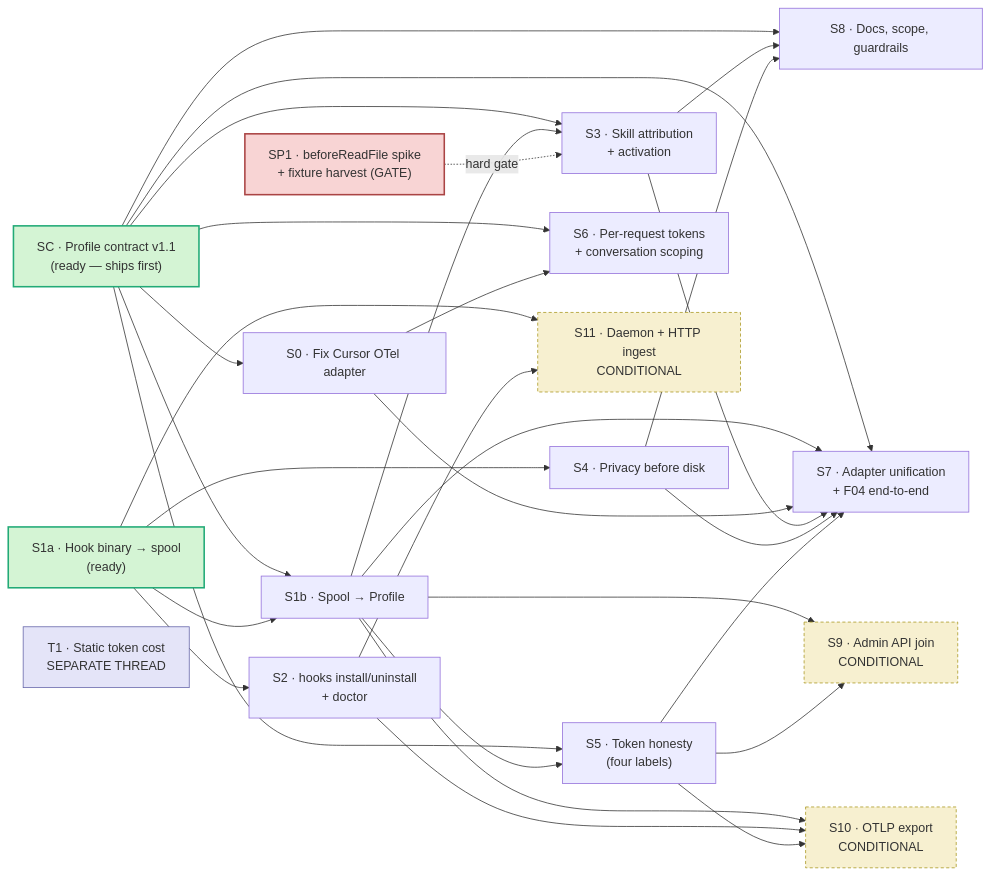
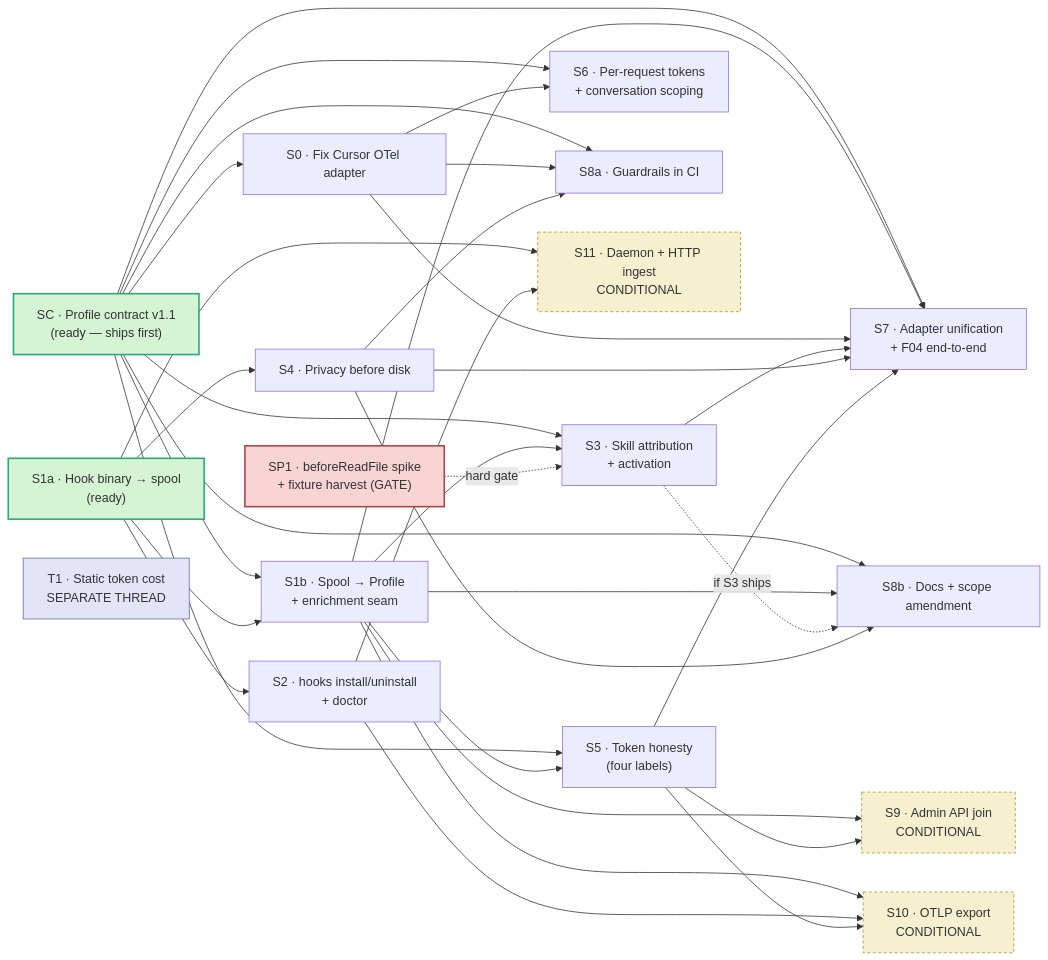
Before and after one commit to Okja-Engineering/skill-architect: the diagram in .scuba/teams/cursorscope-go/roadmap.md, drawn with Mermaid. The commit also changed other lines of this file and 21 other files, not shown here.

````diff
--- a/.scuba/teams/cursorscope-go/roadmap.md
+++ b/.scuba/teams/cursorscope-go/roadmap.md
@@ -169,57 +174,62 @@
 ```mermaid
 flowchart LR
   SC["SC · Profile contract v1.1<br/>(ready — ships first)"]
   SP1["SP1 · beforeReadFile spike<br/>+ fixture harvest (GATE)"]
   S0["S0 · Fix Cursor OTel adapter"]
   S1a["S1a · Hook binary → spool<br/>(ready)"]
-  S1b["S1b · Spool → Profile"]
+  S1b["S1b · Spool → Profile<br/>+ enrichment seam"]
   S2["S2 · hooks install/uninstall<br/>+ doctor"]
   S3["S3 · Skill attribution<br/>+ activation"]
   S4["S4 · Privacy before disk"]
   S5["S5 · Token honesty<br/>(four labels)"]
   S6["S6 · Per-request tokens<br/>+ conversation scoping"]
   S7["S7 · Adapter unification<br/>+ F04 end-to-end"]
-  S8["S8 · Docs, scope, guardrails"]
+  S8a["S8a · Guardrails in CI"]
+  S8b["S8b · Docs + scope amendment"]
   S9["S9 · Admin API join<br/>CONDITIONAL"]
   S10["S10 · OTLP export<br/>CONDITIONAL"]
   S11["S11 · Daemon + HTTP ingest<br/>CONDITIONAL"]
   T1["T1 · Static token cost<br/>SEPARATE THREAD"]
 
   SC --> S0
   SC --> S1b
   SC --> S3
   SC --> S5
   SC --> S6
   SC --> S7
-  SC --> S8
+  SC --> S8a
+  SC --> S8b
   S1a --> S1b
   S1a --> S2
   S1a --> S4
   S1a --> S11
   S1b --> S3
   S1b --> S5
   S1b --> S7
+  S1b --> S8b
   S1b --> S9
   S1b --> S10
   SP1 -.hard gate.-> S3
   S0 --> S6
   S0 --> S7
+  S0 --> S8a
   S2 --> S10
   S2 --> S11
   S3 --> S7
-  S3 --> S8
+  S3 -.if S3 ships.-> S8b
   S4 --> S7
-  S4 --> S8
+  S4 --> S8a
+  S4 --> S8b
   S5 --> S7
   S5 --> S9
   S5 --> S10
 
   classDef ready fill:#d4f4d4,stroke:#2a7,stroke-width:2px
   classDef gate fill:#f8d4d4,stroke:#a44,stroke-width:2px
   classDef cond fill:#f7f0d0,stroke:#a92,stroke-dasharray:4 3
   classDef sep fill:#e4e4f8,stroke:#66a
   class SC,S1a ready
   class SP1 gate
   class S9,S10,S11 cond
   class T1 sep
 ```
````
